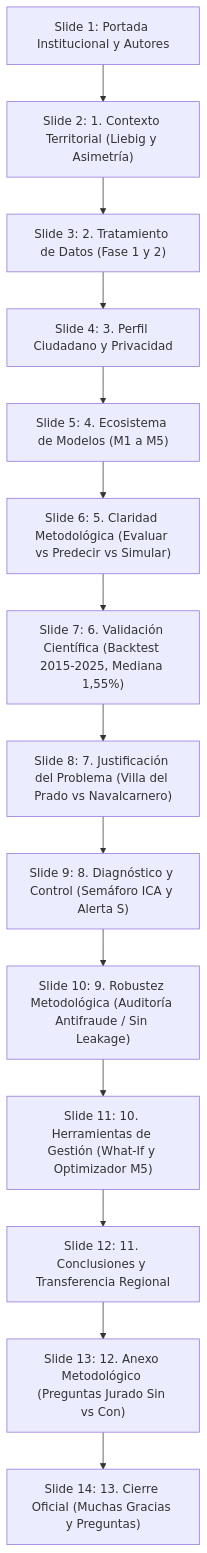
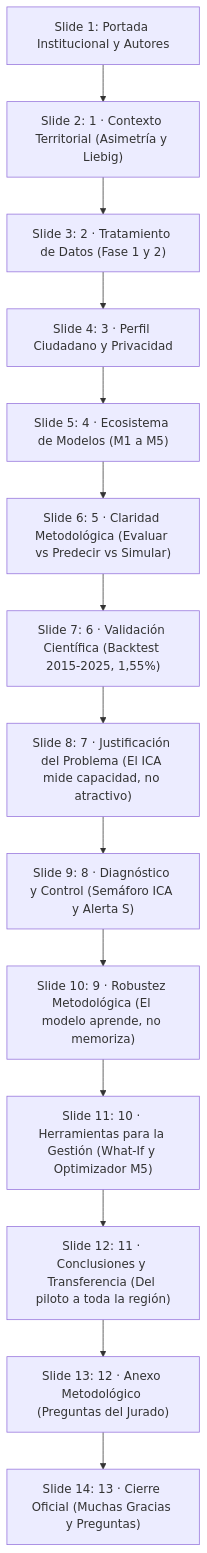
The diagram in docs/PRESENTACION_DATATHON_10MIN.md (AlejandroCuntin/DatathonLodCoreMadrid), drawn with Mermaid before and after one commit. The commit also changed other lines of this file and 4 other files, not shown here.

````diff
--- a/docs/PRESENTACION_DATATHON_10MIN.md
+++ b/docs/PRESENTACION_DATATHON_10MIN.md
@@ -14,16 +14,16 @@
 ```mermaid
 flowchart TD
-    S1["Slide 1: Portada Institucional y Autores"] --> S2["Slide 2: 1. Contexto Territorial (Liebig y Asimetría)"]
-    S2 --> S3["Slide 3: 2. Tratamiento de Datos (Fase 1 y 2)"]
-    S3 --> S4["Slide 4: 3. Perfil Ciudadano y Privacidad"]
-    S4 --> S5["Slide 5: 4. Ecosistema de Modelos (M1 a M5)"]
-    S5 --> S6["Slide 6: 5. Claridad Metodológica (Evaluar vs Predecir vs Simular)"]
-    S6 --> S7["Slide 7: 6. Validación Científica (Backtest 2015-2025, Mediana 1,55%)"]
-    S7 --> S8["Slide 8: 7. Justificación del Problema (Villa del Prado vs Navalcarnero)"]
-    S8 --> S9["Slide 9: 8. Diagnóstico y Control (Semáforo ICA y Alerta S)"]
-    S9 --> S10["Slide 10: 9. Robustez Metodológica (Auditoría Antifraude / Sin Leakage)"]
-    S10 --> S11["Slide 11: 10. Herramientas de Gestión (What-If y Optimizador M5)"]
-    S11 --> S12["Slide 12: 11. Conclusiones y Transferencia Regional"]
-    S12 --> S13["Slide 13: 12. Anexo Metodológico (Preguntas Jurado Sin vs Con)"]
-    S13 --> S14["Slide 14: 13. Cierre Oficial (Muchas Gracias y Preguntas)"]
+    S1["Slide 1: Portada Institucional y Autores"] --> S2["Slide 2: 1 · Contexto Territorial (Asimetría y Liebig)"]
+    S2 --> S3["Slide 3: 2 · Tratamiento de Datos (Fase 1 y 2)"]
+    S3 --> S4["Slide 4: 3 · Perfil Ciudadano y Privacidad"]
+    S4 --> S5["Slide 5: 4 · Ecosistema de Modelos (M1 a M5)"]
+    S5 --> S6["Slide 6: 5 · Claridad Metodológica (Evaluar vs Predecir vs Simular)"]
+    S6 --> S7["Slide 7: 6 · Validación Científica (Backtest 2015-2025, 1,55%)"]
+    S7 --> S8["Slide 8: 7 · Justificación del Problema (El ICA mide capacidad, no atractivo)"]
+    S8 --> S9["Slide 9: 8 · Diagnóstico y Control (Semáforo ICA y Alerta S)"]
+    S9 --> S10["Slide 10: 9 · Robustez Metodológica (El modelo aprende, no memoriza)"]
+    S10 --> S11["Slide 11: 10 · Herramientas para la Gestión (What-If y Optimizador M5)"]
+    S11 --> S12["Slide 12: 11 · Conclusiones y Transferencia (Del piloto a toda la región)"]
+    S12 --> S13["Slide 13: 12 · Anexo Metodológico (Preguntas del Jurado)"]
+    S13 --> S14["Slide 14: 13 · Cierre Oficial (Muchas Gracias y Preguntas)"]
 ```
````
